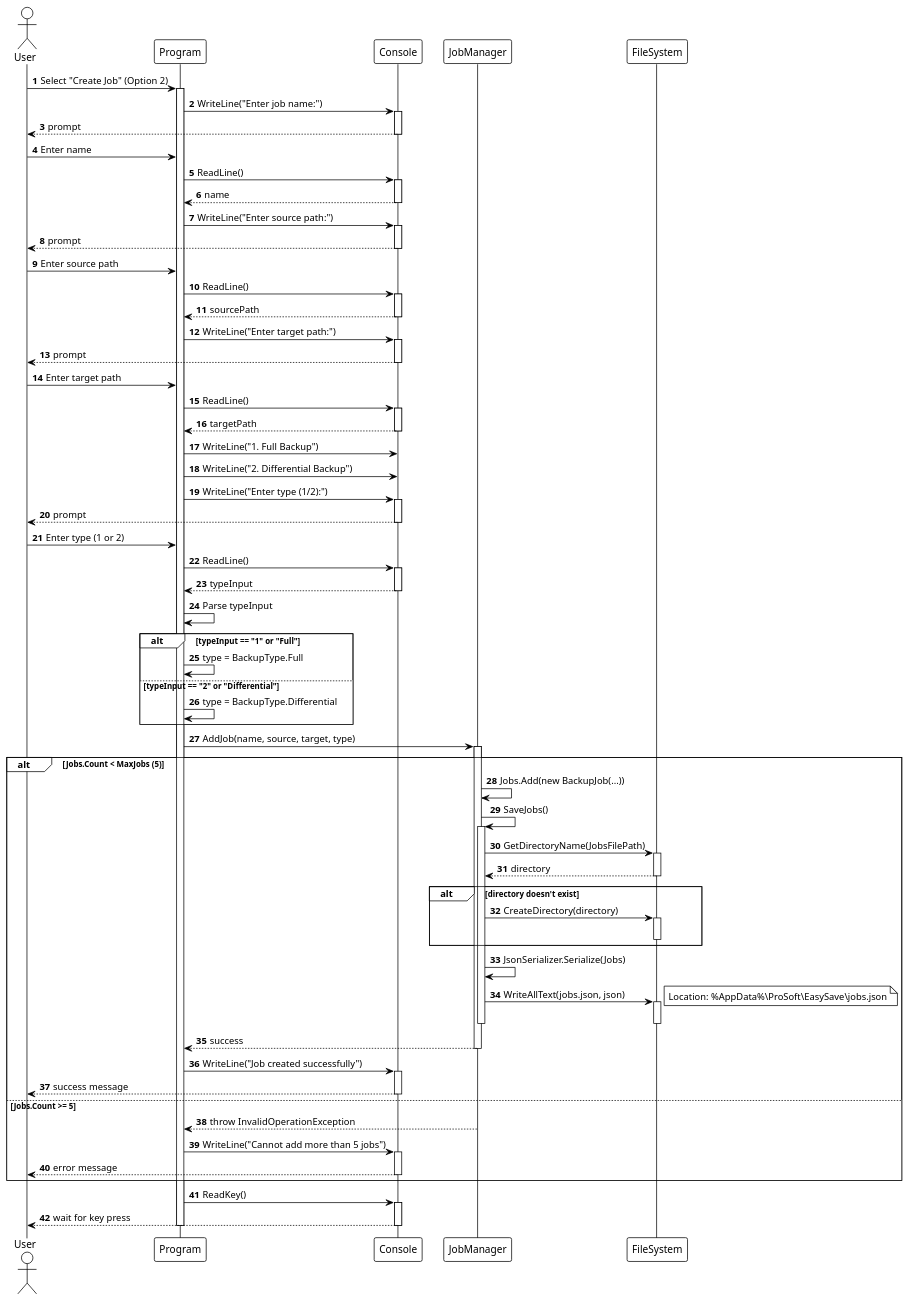
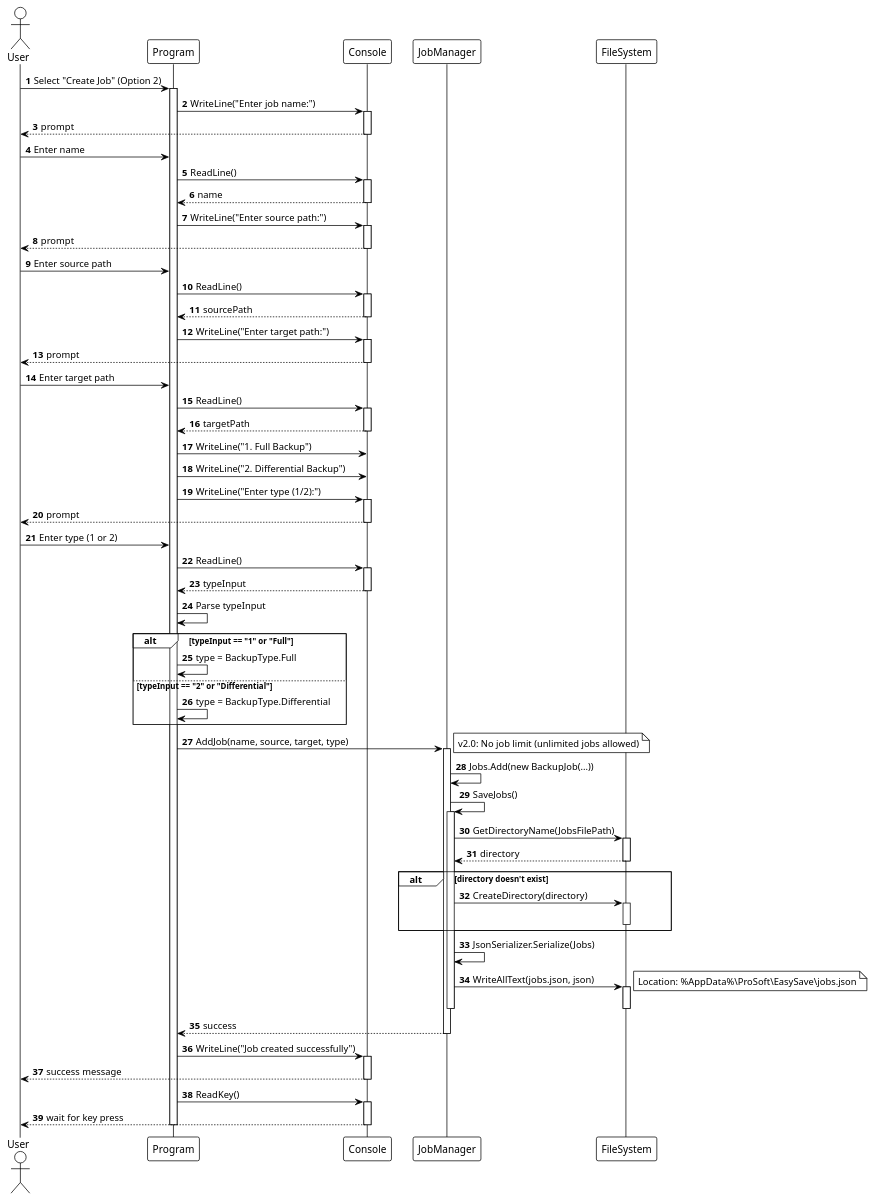
The diagram in UML/sequence_create_job.puml (PotaaatozWRLD/EasySave-Groupe-8), drawn with PlantUML before and after one commit. The commit also changed 6 other files, not shown here.

Commit message:
Update all UML diagrams to version 2.0 with new features

```diff
--- a/UML/sequence_create_job.puml
+++ b/UML/sequence_create_job.puml
@@ -1,124 +1,117 @@
-@startuml EasySave_Sequence_Create_Job
+@startuml EasySave_Sequence_Create_Job_v2.0
 !theme plain
 autonumber
 
 actor User
 participant "Program" as Prog
 participant "Console" as Con
 participant "JobManager" as JM
 participant "FileSystem" as FS
 
 User -> Prog : Select "Create Job" (Option 2)
 activate Prog
 
 Prog -> Con : WriteLine("Enter job name:")
 activate Con
 Con --> User : prompt
 deactivate Con
 
 User -> Prog : Enter name
 Prog -> Con : ReadLine()
 activate Con
 Con --> Prog : name
 deactivate Con
 
 Prog -> Con : WriteLine("Enter source path:")
 activate Con
 Con --> User : prompt
 deactivate Con
 
 User -> Prog : Enter source path
 Prog -> Con : ReadLine()
 activate Con
 Con --> Prog : sourcePath
 deactivate Con
 
 Prog -> Con : WriteLine("Enter target path:")
 activate Con
 Con --> User : prompt
 deactivate Con
 
 User -> Prog : Enter target path
 Prog -> Con : ReadLine()
 activate Con
 Con --> Prog : targetPath
 deactivate Con
 
 Prog -> Con : WriteLine("1. Full Backup")
 Prog -> Con : WriteLine("2. Differential Backup")
 Prog -> Con : WriteLine("Enter type (1/2):")
 activate Con
 Con --> User : prompt
 deactivate Con
 
 User -> Prog : Enter type (1 or 2)
 Prog -> Con : ReadLine()
 activate Con
 Con --> Prog : typeInput
 deactivate Con
 
 Prog -> Prog : Parse typeInput
 alt typeInput == "1" or "Full"
     Prog -> Prog : type = BackupType.Full
 else typeInput == "2" or "Differential"
     Prog -> Prog : type = BackupType.Differential
 end
 
 Prog -> JM : AddJob(name, source, target, type)
 activate JM
 
-alt Jobs.Count < MaxJobs (5)
-    JM -> JM : Jobs.Add(new BackupJob(...))
-    
-    JM -> JM : SaveJobs()
-    activate JM
-    
-    ' Create directory if needed
-    JM -> FS : GetDirectoryName(JobsFilePath)
+note right
+    v2.0: No job limit (unlimited jobs allowed)
+end note
+
+JM -> JM : Jobs.Add(new BackupJob(...))
+
+JM -> JM : SaveJobs()
+activate JM
+
+' Create directory if needed
+JM -> FS : GetDirectoryName(JobsFilePath)
+activate FS
+FS --> JM : directory
+deactivate FS
+
+alt directory doesn't exist
+    JM -> FS : CreateDirectory(directory)
     activate FS
-    FS --> JM : directory
     deactivate FS
-    
-    alt directory doesn't exist
-        JM -> FS : CreateDirectory(directory)
-        activate FS
-        deactivate FS
-    end
-    
-    ' Serialize and save
-    JM -> JM : JsonSerializer.Serialize(Jobs)
-    JM -> FS : WriteAllText(jobs.json, json)
-    activate FS
-    note right
-        Location: %AppData%\ProSoft\EasySave\jobs.json
-    end note
-    deactivate FS
-    
-    deactivate JM
-    
-    JM --> Prog : success
-    deactivate JM
-    
-    Prog -> Con : WriteLine("Job created successfully")
-    activate Con
-    Con --> User : success message
-    deactivate Con
-    
-else Jobs.Count >= 5
-    JM --> Prog : throw InvalidOperationException
-    deactivate JM
-    
-    Prog -> Con : WriteLine("Cannot add more than 5 jobs")
-    activate Con
-    Con --> User : error message
-    deactivate Con
 end
+
+' Serialize and save
+JM -> JM : JsonSerializer.Serialize(Jobs)
+JM -> FS : WriteAllText(jobs.json, json)
+activate FS
+note right
+    Location: %AppData%\ProSoft\EasySave\jobs.json
+end note
+deactivate FS
+
+deactivate JM
+
+JM --> Prog : success
+deactivate JM
+
+Prog -> Con : WriteLine("Job created successfully")
+activate Con
+Con --> User : success message
+deactivate Con
 
 Prog -> Con : ReadKey()
 activate Con
 Con --> User : wait for key press
 deactivate Con
 
 deactivate Prog
 
 @enduml
```
